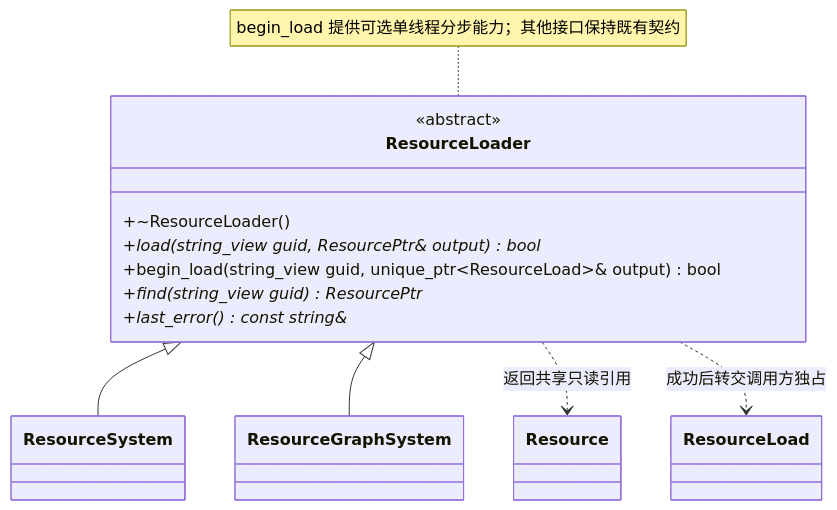
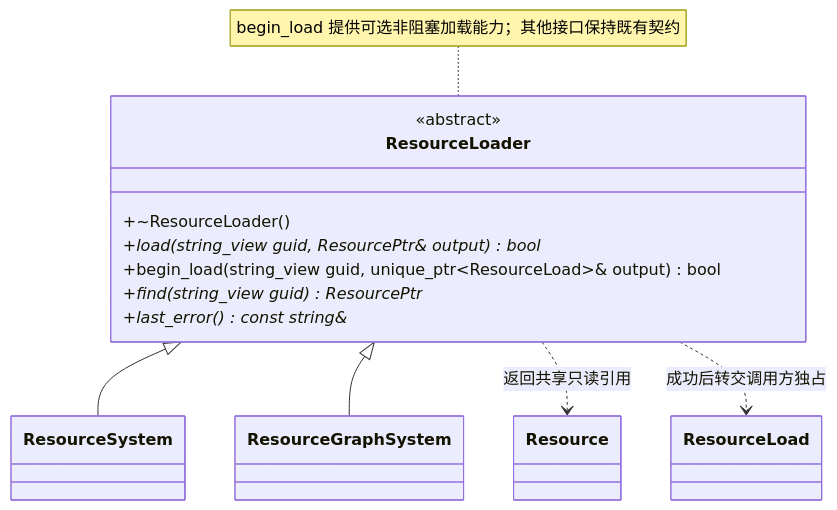
The first of 2 diagrams in docs/runtime/class-diagrams/resource-loader.md (lcals/Engine), drawn with Mermaid before and after one commit. The commit also changed other lines of this file and 135 other files, not shown here.

````diff
--- a/docs/runtime/class-diagrams/resource-loader.md
+++ b/docs/runtime/class-diagrams/resource-loader.md
@@ -5,20 +5,20 @@
 ```mermaid
 classDiagram
     class ResourceLoader {
         <<abstract>>
         +~ResourceLoader()
         +load(string_view guid, ResourcePtr& output) bool*
         +begin_load(string_view guid, unique_ptr~ResourceLoad~& output) bool
         +find(string_view guid) ResourcePtr*
         +last_error() const string&*
     }
     class ResourceSystem
     class ResourceGraphSystem
     class Resource
     class ResourceLoad
     ResourceLoader <|-- ResourceSystem
     ResourceLoader <|-- ResourceGraphSystem
     ResourceLoader ..> Resource : 返回共享只读引用
     ResourceLoader ..> ResourceLoad : 成功后转交调用方独占
-    note for ResourceLoader "begin_load 提供可选单线程分步能力；其他接口保持既有契约"
+    note for ResourceLoader "begin_load 提供可选非阻塞加载能力；其他接口保持既有契约"
 ```
````
